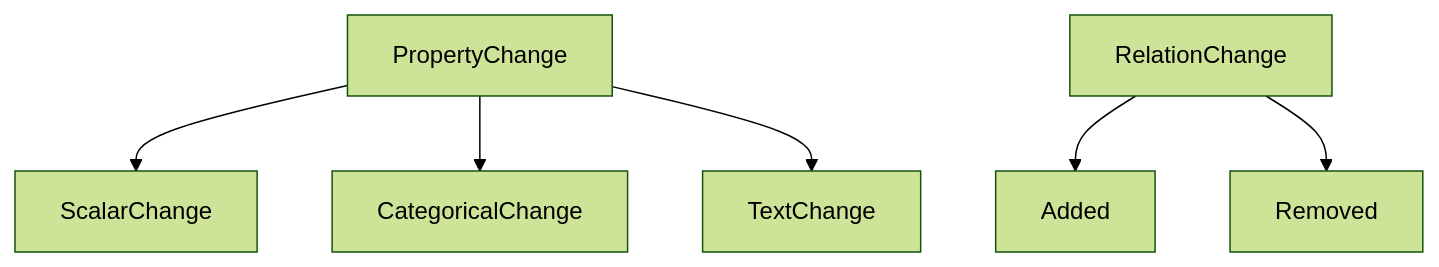
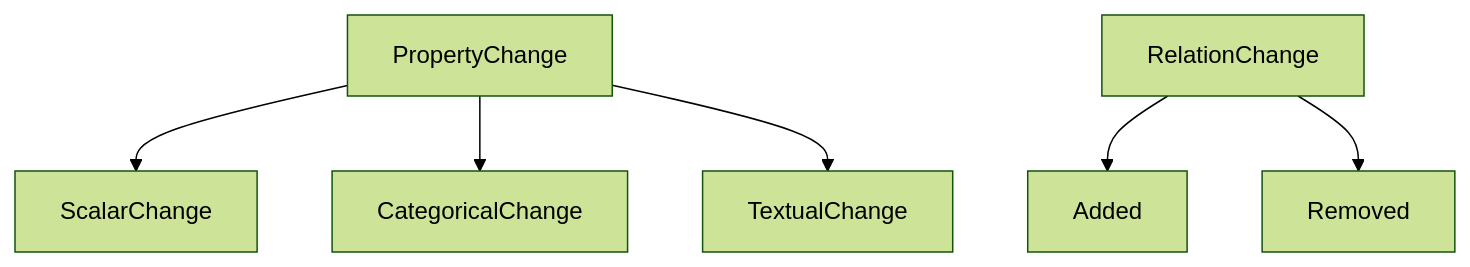
The second of 7 diagrams in web/src/entities/diff-first/README.md (bartytime4life/Kansas-Frontier-Matrix), drawn with Mermaid (forest theme) before and after one commit. The commit also changed other lines of this file, not shown here.

````diff
--- a/web/src/entities/diff-first/README.md
+++ b/web/src/entities/diff-first/README.md
@@ -156,8 +258,8 @@
-```mermaid
+~~~mermaid
 flowchart TD
     P["PropertyChange"] --> NUM["ScalarChange"]
     P --> CAT["CategoricalChange"]
-    P --> TXT["TextChange"]
+    P --> TXT["TextualChange"]
     R["RelationChange"] --> ADD["Added"]
     R --> REM["Removed"]
-```
+~~~
````
